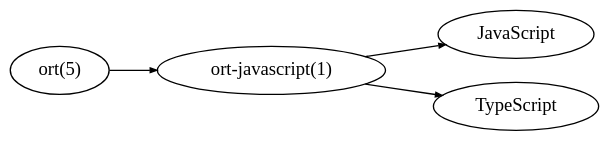
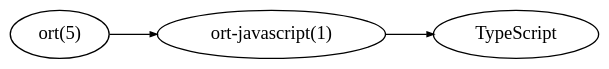
Before and after one commit to kristapsdz/openradtool: the diagram in index-fig5.dot, drawn with Graphviz. The commit also changed 4 other files, not shown here.

```diff
--- a/index-fig5.dot
+++ b/index-fig5.dot
@@ -1,17 +1,15 @@
 
 digraph {
 	edge [arrowsize="0.5";];
 	bgcolor="transparent";
 	rankdir="LR";
 
 	cfg[label="ort(5)"];
 	bin[label="ort-javascript(1)"];
-	js[label="JavaScript"];
 	ts[label="TypeScript"];
 
 	cfg -> bin;
-	bin -> js;
 	bin -> ts;
 
-	{ rank=same; js; ts; }
+	{ rank=same; ts; }
 }
```
